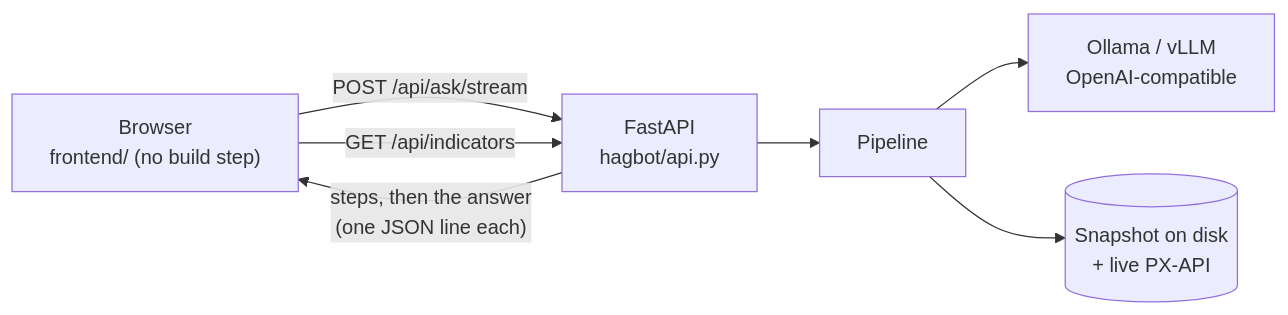
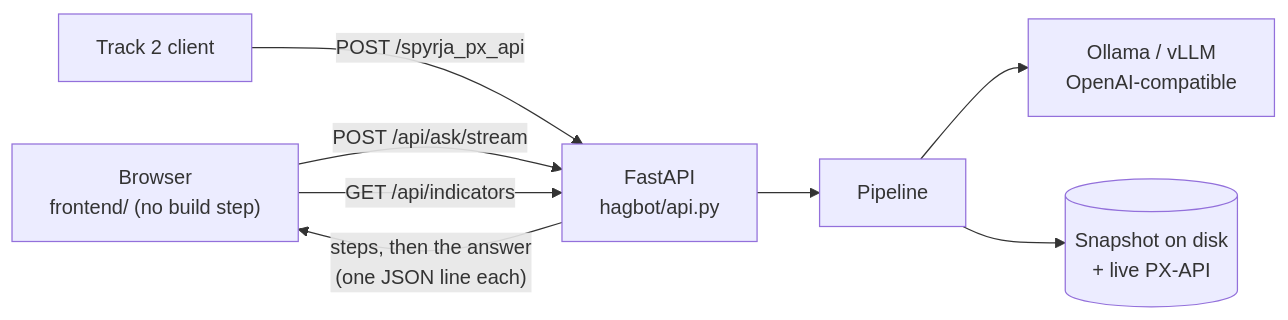
Before and after one commit to alexandersvafdal/RAGstofan_datathon2026: the second of 2 diagrams in docs/architecture.md, drawn with Mermaid. The commit also changed other lines of this file, not shown here.

First line of the commit message:
Architecture chart: follow-ups, BM25 + e5 in parallel, fuse to 30, narrow to 15

````diff
--- a/docs/architecture.md
+++ b/docs/architecture.md
@@ -93,8 +109,9 @@
 ```mermaid
 flowchart LR
     B["Browser<br/>frontend/ (no build step)"] -- "POST /api/ask/stream" --> API["FastAPI<br/>hagbot/api.py"]
+    T2["Track 2 client"] -- "POST /spyrja_px_api" --> API
     API -- "steps, then the answer<br/>(one JSON line each)" --> B
     B -- "GET /api/indicators" --> API
     API --> PL["Pipeline"] --> LLM["Ollama / vLLM<br/>OpenAI-compatible"]
     PL --> SRC[("Snapshot on disk<br/>+ live PX-API")]
 ```
````
